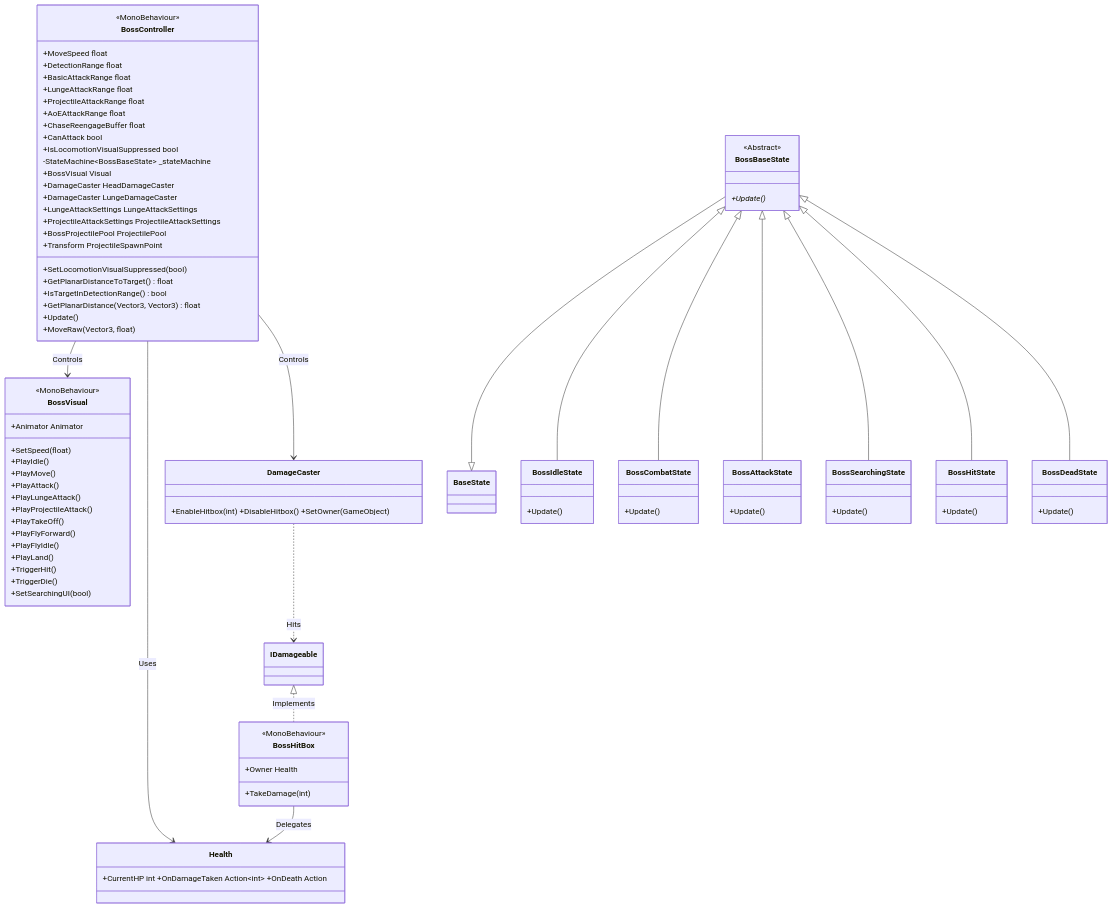
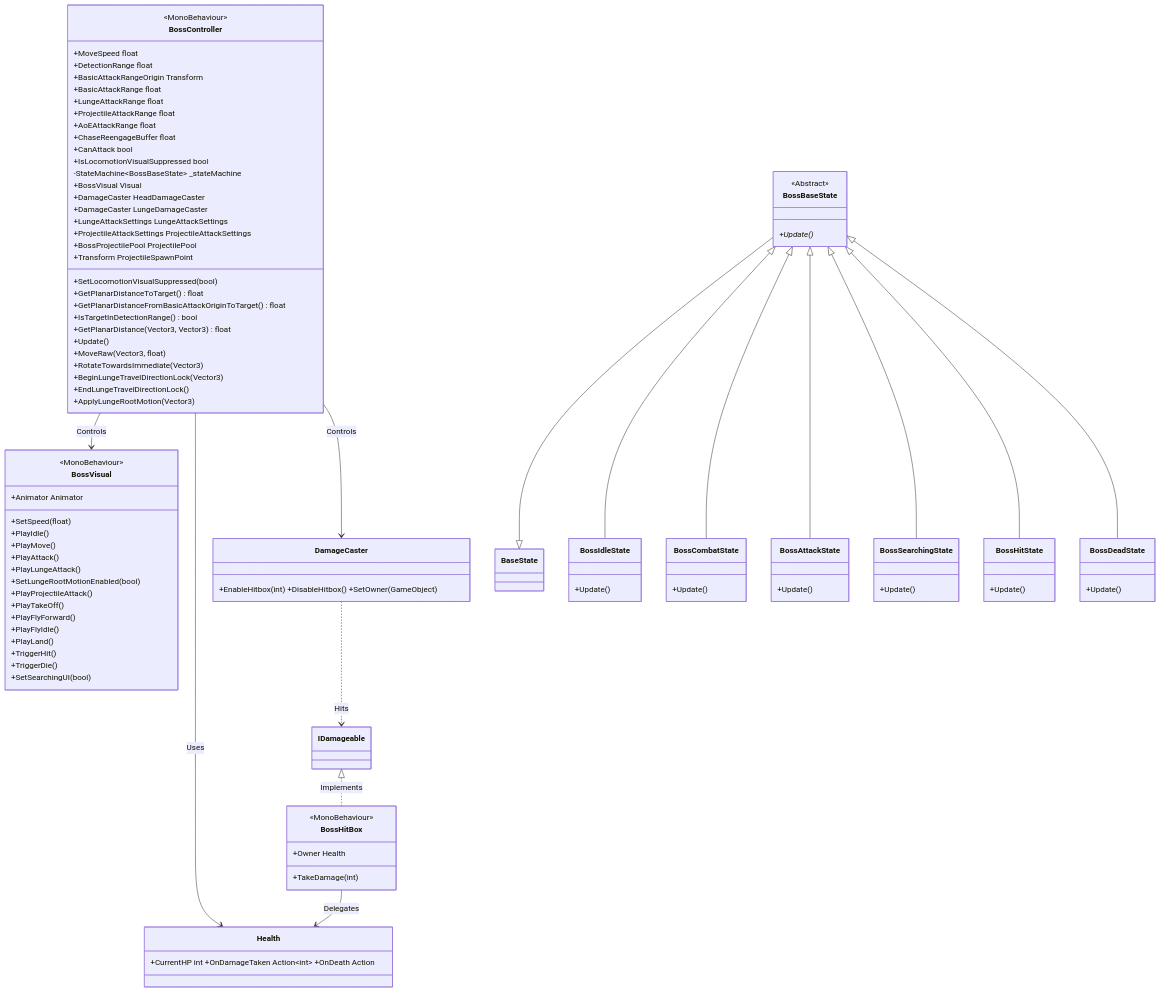
Before and after one commit to rozlfdl31-prog/BossRaidPortfolio: the second of 4 diagrams in docs/technical/System_Blueprint.md, drawn with Mermaid. The commit also changed other lines of this file and 27 other files, not shown here.

First line of the commit message:
문서 워크플로우 재구성 및 Progress_Log 폴더 구조 전환

```diff
--- a/docs/technical/System_Blueprint.md
+++ b/docs/technical/System_Blueprint.md
@@ -139,6 +139,7 @@
         <<MonoBehaviour>>
         +MoveSpeed float
         +DetectionRange float
+        +BasicAttackRangeOrigin Transform
         +BasicAttackRange float
         +LungeAttackRange float
         +ProjectileAttackRange float
@@ -156,10 +157,15 @@
         +Transform ProjectileSpawnPoint
         +SetLocomotionVisualSuppressed(bool)
         +GetPlanarDistanceToTarget() float
+        +GetPlanarDistanceFromBasicAttackOriginToTarget() float
         +IsTargetInDetectionRange() bool
         +GetPlanarDistance(Vector3, Vector3) float
         +Update()
         +MoveRaw(Vector3, float)
+        +RotateTowardsImmediate(Vector3)
+        +BeginLungeTravelDirectionLock(Vector3)
+        +EndLungeTravelDirectionLock()
+        +ApplyLungeRootMotion(Vector3)
     }
 
     class BossBaseState {
@@ -175,6 +181,7 @@
         +PlayMove()
         +PlayAttack()
         +PlayLungeAttack()
+        +SetLungeRootMotionEnabled(bool)
         +PlayProjectileAttack()
         +PlayTakeOff()
         +PlayFlyForward()
```
